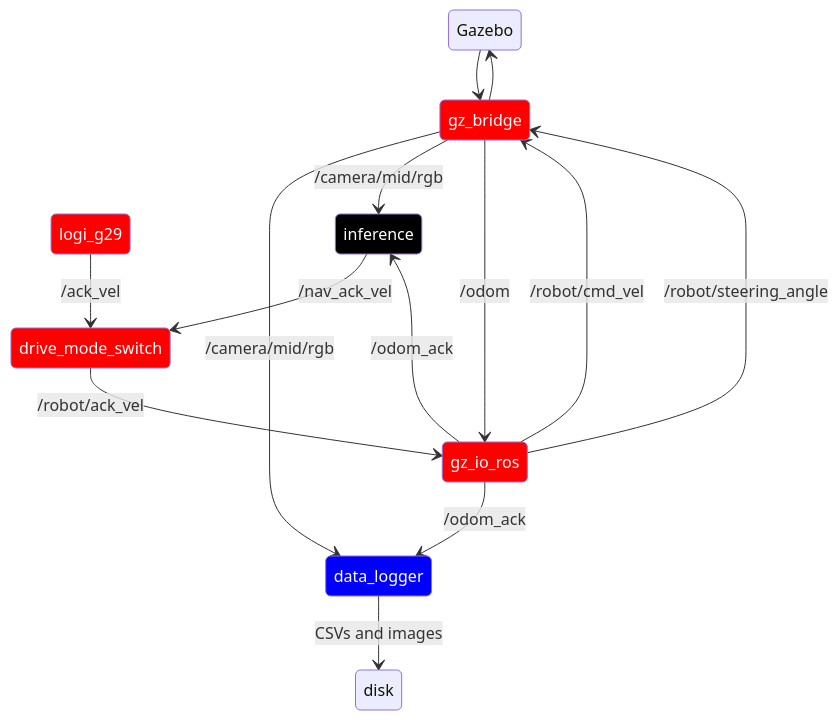
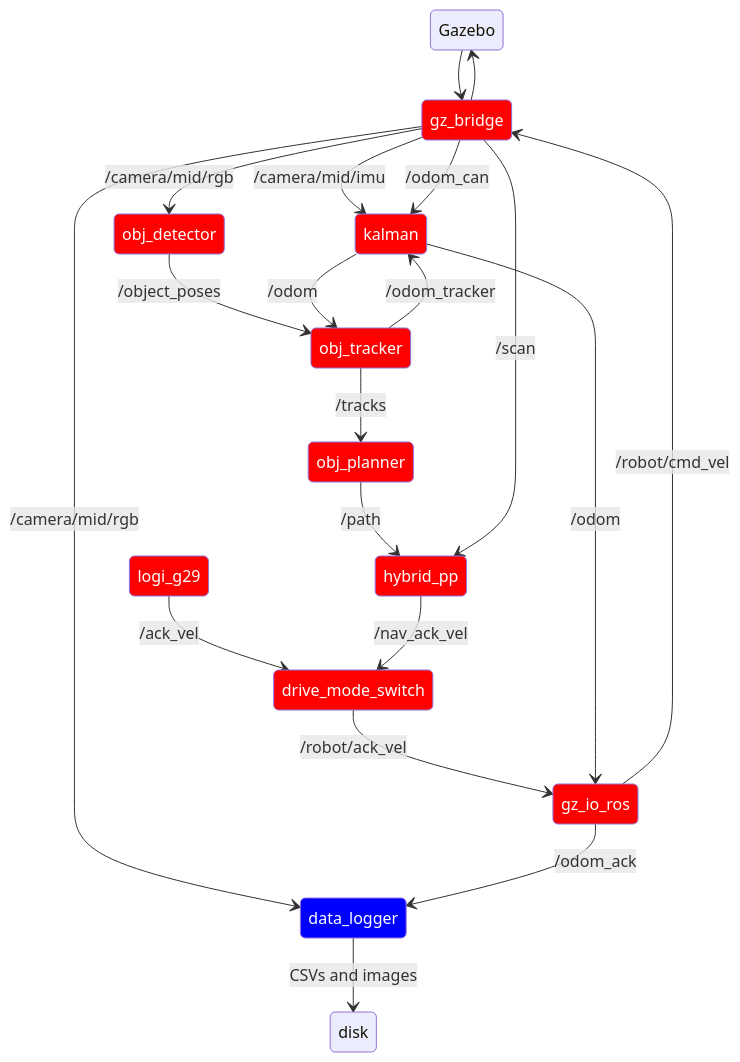
Before and after one commit to ISC-Project-Phoenix/design: the diagram in software/ros/phoenix_gazebo.md, drawn with Mermaid.

Commit message:
Update phoenix_gazebo.md
Update Gazebo diagram completely

````diff
--- a/software/ros/phoenix_gazebo.md
+++ b/software/ros/phoenix_gazebo.md
@@ -20,29 +20,38 @@
 ```mermaid
 stateDiagram-v2
     classDef common color:white,fill:red
     classDef data color:white,fill:blue
     classDef prod color:white,fill:black
 
     %% Hardware interfaces
     Gazebo --> gz_bridge:::common
     gz_bridge:::common --> Gazebo
     gz_bridge:::common --> data_logger:::data: /camera/mid/rgb
 
     
     %% command controllers
     drive_mode_switch:::common --> gz_io_ros:::common: /robot/ack_vel
     gz_io_ros:::common --> gz_bridge:::common: /robot/cmd_vel
-    gz_io_ros:::common --> gz_bridge:::common: /robot/steering_angle
     logi_g29:::common --> drive_mode_switch:::common: /ack_vel
 
     %% logging
     gz_io_ros:::common --> data_logger:::data: /odom_ack
     data_logger:::data --> disk: CSVs and images
 
-    %% NN
-    gz_io_ros:::common --> inference:::prod: /odom_ack
-    inference:::prod --> drive_mode_switch:::common: /nav_ack_vel
-    gz_bridge:::common --> inference:::prod: /camera/mid/rgb
+    %% Gazebo sensors
+    gz_bridge:::common --> kalman:::common: /camera/mid/imu
+    gz_bridge:::common --> kalman:::common: /odom_can
+    kalman:::common --> gz_io_ros:::common: /odom
 
-    gz_bridge:::common --> gz_io_ros:::common: /odom
+    gz_bridge:::common --> obj_detector:::common: /camera/mid/rgb
+    obj_detector:::common --> obj_tracker:::common: /object_poses
+
+    kalman:::common --> obj_tracker:::common: /odom
+    obj_tracker:::common --> kalman:::common: /odom_tracker
+    obj_tracker:::common --> obj_planner:::common: /tracks
+
+    obj_planner:::common --> hybrid_pp:::common: /path
+    hybrid_pp:::common --> drive_mode_switch: /nav_ack_vel
+
+    gz_bridge:::common --> hybrid_pp:::common: /scan
 ```
````
